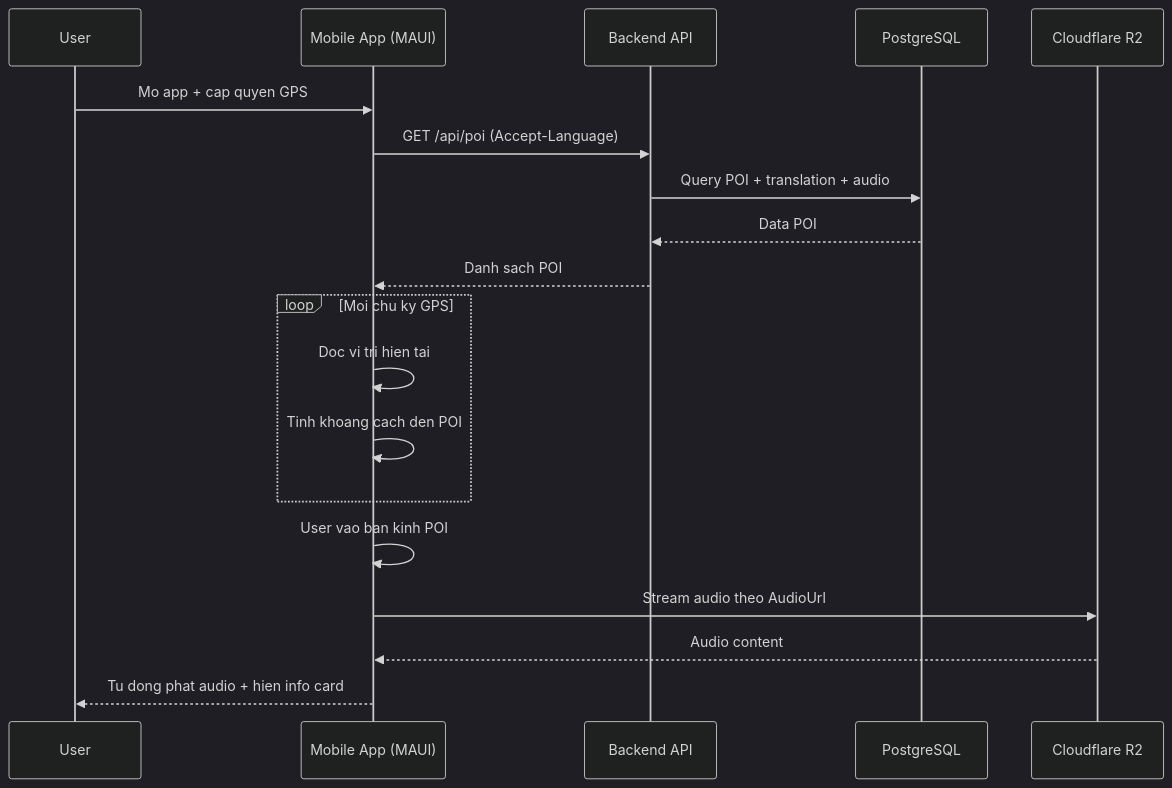
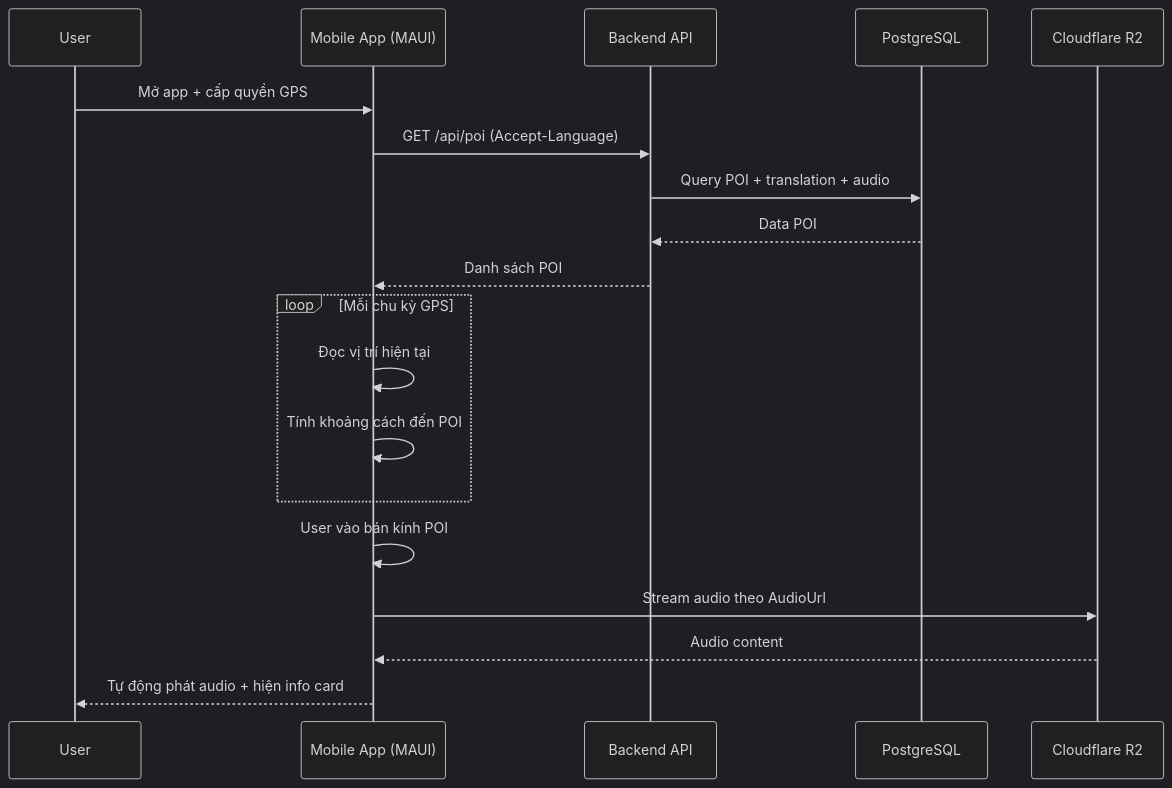
The third of 14 diagrams in prd.md (NguyenPhuc-Du/StreetFood), drawn with Mermaid (dark theme) before and after one commit. The commit also changed other lines of this file and 42 other files, not shown here.

````diff
--- a/prd.md
+++ b/prd.md
@@ -472,24 +483,24 @@
 ```mermaid
 sequenceDiagram
     participant U as User
     participant M as Mobile App (MAUI)
     participant API as Backend API
     participant DB as PostgreSQL
     participant R2 as Cloudflare R2
 
-    U->>M: Mo app + cap quyen GPS
+    U->>M: Mở app + cấp quyền GPS
     M->>API: GET /api/poi (Accept-Language)
     API->>DB: Query POI + translation + audio
     DB-->>API: Data POI
-    API-->>M: Danh sach POI
+    API-->>M: Danh sách POI
 
-    loop Moi chu ky GPS
-      M->>M: Doc vi tri hien tai
-      M->>M: Tinh khoang cach den POI
+    loop Mỗi chu kỳ GPS
+      M->>M: Đọc vị trí hiện tại
+      M->>M: Tính khoảng cách đến POI
     end
 
-    M->>M: User vao ban kinh POI
+    M->>M: User vào bán kính POI
     M->>R2: Stream audio theo AudioUrl
     R2-->>M: Audio content
-    M-->>U: Tu dong phat audio + hien info card
+    M-->>U: Tự động phát audio + hiện info card
 ```
````
